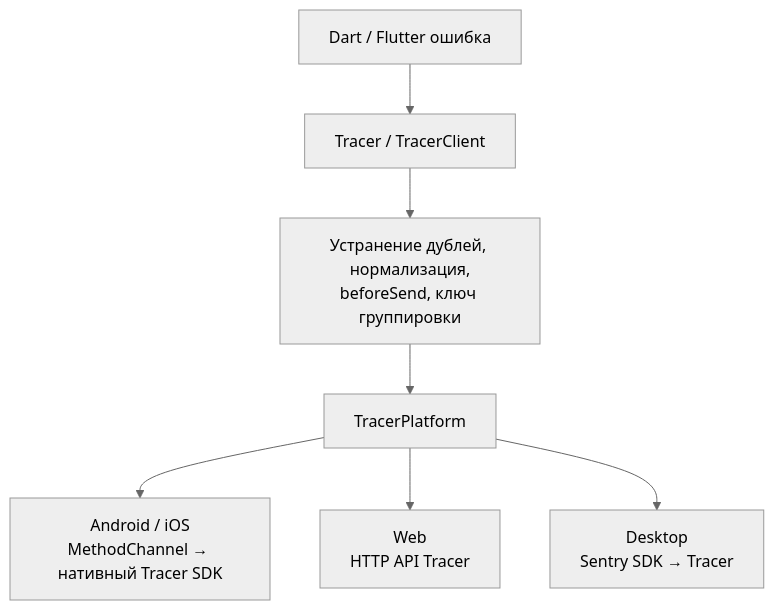
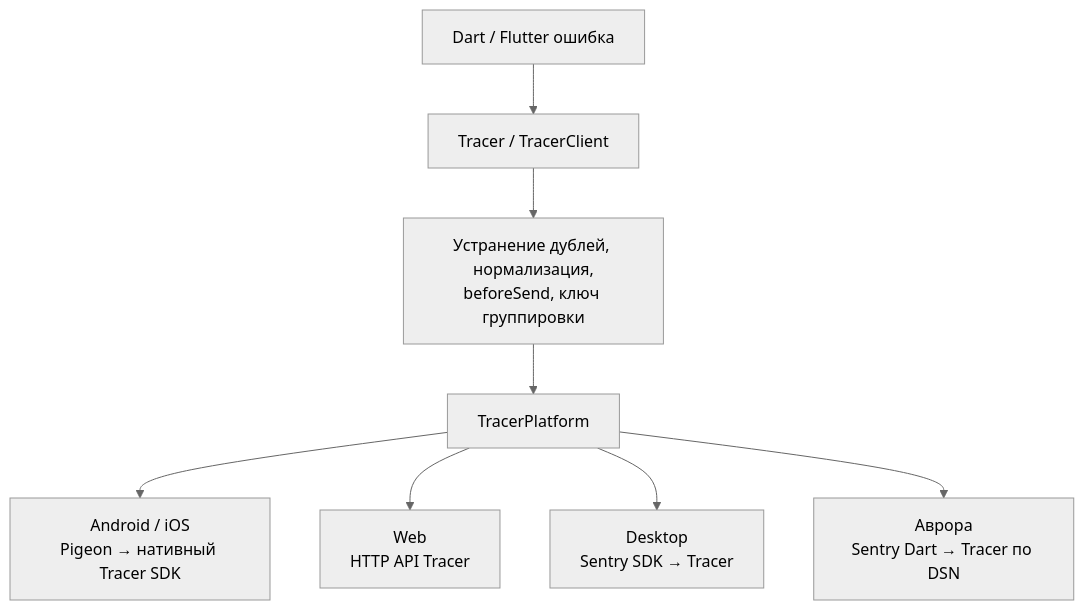
The diagram in docs/architecture.md (KonstantenKomkov/apptracer_flutter), drawn with Mermaid (neutral theme) before and after one commit. The commit also changed other lines of this file and 18 other files, not shown here.

````diff
--- a/docs/architecture.md
+++ b/docs/architecture.md
@@ -29,9 +30,10 @@
 ```mermaid
 flowchart TD
     A["Dart / Flutter ошибка"] --> B["Tracer / TracerClient"]
     B --> C["Устранение дублей, нормализация,<br/>beforeSend, ключ группировки"]
     C --> D["TracerPlatform"]
-    D --> E["Android / iOS<br/>MethodChannel → нативный Tracer SDK"]
+    D --> E["Android / iOS<br/>Pigeon → нативный Tracer SDK"]
     D --> F["Web<br/>HTTP API Tracer"]
     D --> G["Desktop<br/>Sentry SDK → Tracer"]
+    D --> H["Аврора<br/>Sentry Dart → Tracer по DSN"]
 ```
````
